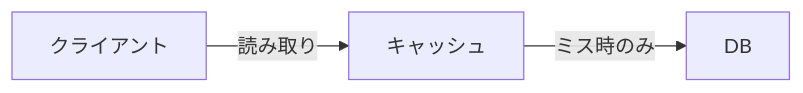
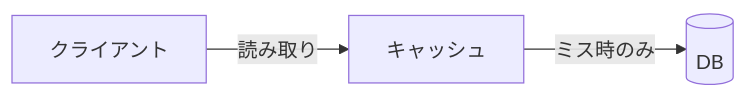
Before and after one commit to mosidas/dev-skills: the diagram in skills/draw-diagram/references/examples/cache-read.mmd, drawn with Mermaid. The commit also changed 4 other files, not shown here.

First line of the commit message:
chore: draw-diagram の例を新しい規範に合わせ、1.15.0 に進める

```diff
--- a/skills/draw-diagram/references/examples/cache-read.mmd
+++ b/skills/draw-diagram/references/examples/cache-read.mmd
@@ -1,3 +1,6 @@
+%% クライアントがキャッシュ経由で DB を読む流れ。ノード = コンポーネント、辺 = 読み取りの経路。
+%% 主体の枠は使わない。ノードがすべて同じ粒度のコンポーネントのため。
+%% 読み取りだけを示し、書き込みと無効化は含めない。
 flowchart LR
     Client[クライアント] -->|読み取り| Cache[キャッシュ]
-    Cache -->|ミス時のみ| DB[DB]
+    Cache -->|ミス時のみ| DB[(DB)]
```
